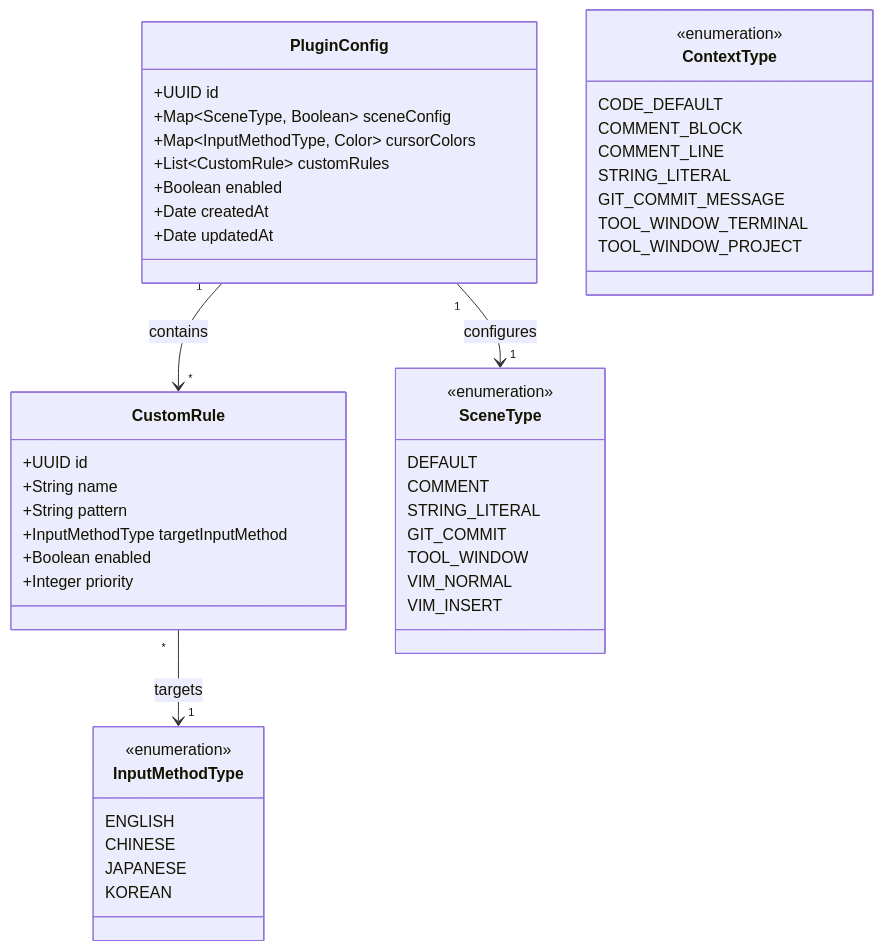
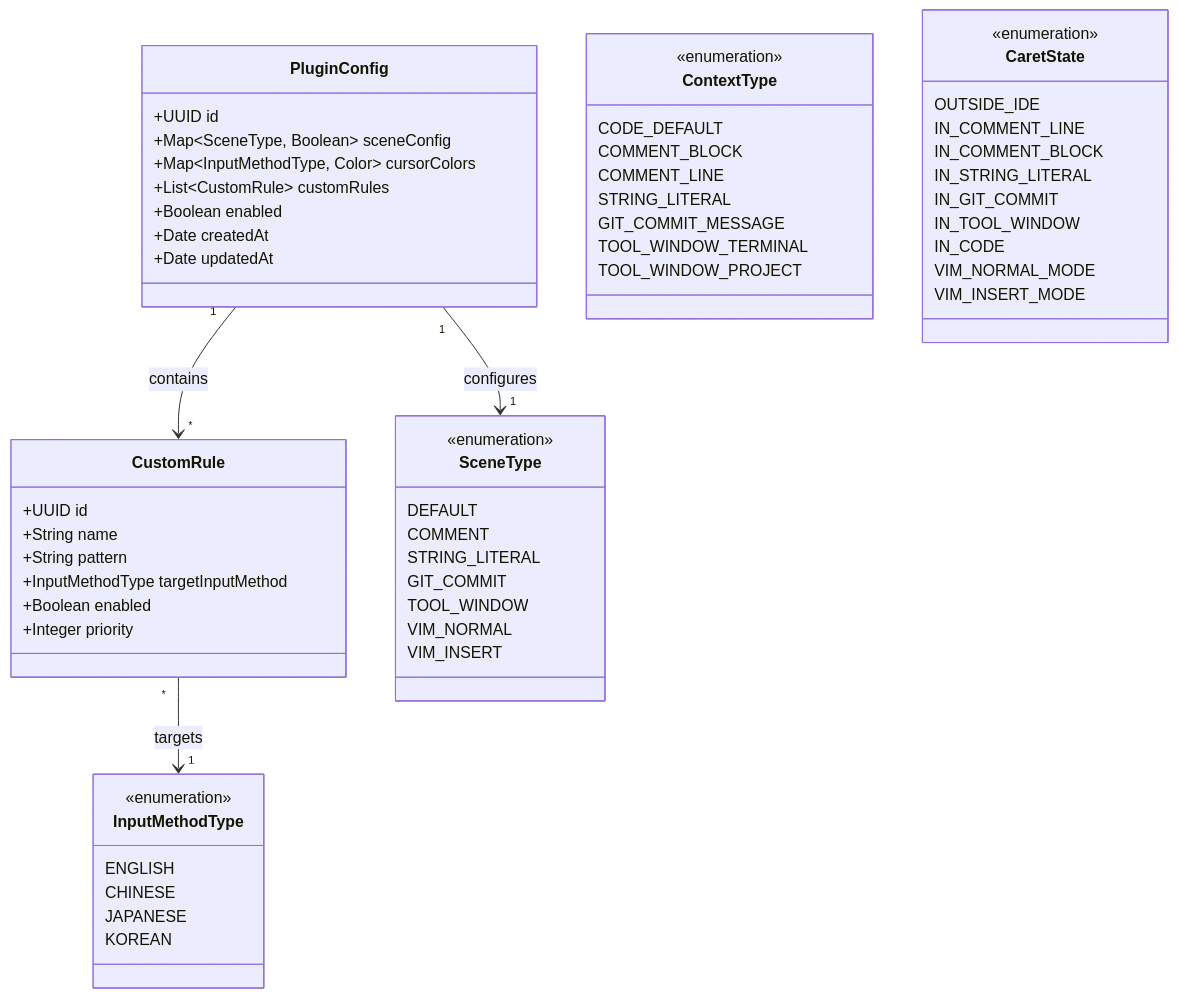
One commit to BigBlueBaby/InputSpark changed the second of 2 diagrams in .trae/documents/technical_architecture_InputSpark.md. Above: the diagram before and after it, drawn with Mermaid. The commit also changed other lines of this file and 14 other files, not shown here.

````diff
--- a/.trae/documents/technical_architecture_InputSpark.md
+++ b/.trae/documents/technical_architecture_InputSpark.md
@@ -93,55 +95,68 @@
 ```mermaid
 classDiagram
     class PluginConfig {
         +UUID id
         +Map~SceneType, Boolean~ sceneConfig
         +Map~InputMethodType, Color~ cursorColors
         +List~CustomRule~ customRules
         +Boolean enabled
         +Date createdAt
         +Date updatedAt
     }
     
     class CustomRule {
         +UUID id
         +String name
         +String pattern
         +InputMethodType targetInputMethod
         +Boolean enabled
         +Integer priority
     }
     
     class InputMethodType {
         <<enumeration>>
         ENGLISH
         CHINESE
         JAPANESE
         KOREAN
     }
     
     class SceneType {
         <<enumeration>>
         DEFAULT
         COMMENT
         STRING_LITERAL
         GIT_COMMIT
         TOOL_WINDOW
         VIM_NORMAL
         VIM_INSERT
     }
     
     class ContextType {
         <<enumeration>>
         CODE_DEFAULT
         COMMENT_BLOCK
         COMMENT_LINE
         STRING_LITERAL
         GIT_COMMIT_MESSAGE
         TOOL_WINDOW_TERMINAL
         TOOL_WINDOW_PROJECT
     }
     
+    class CaretState {
+        <<enumeration>>
+        OUTSIDE_IDE
+        IN_COMMENT_LINE
+        IN_COMMENT_BLOCK
+        IN_STRING_LITERAL
+        IN_GIT_COMMIT
+        IN_TOOL_WINDOW
+        IN_CODE
+        VIM_NORMAL_MODE
+        VIM_INSERT_MODE
+    }
+    
     PluginConfig "1" --> "*" CustomRule : contains
     PluginConfig "1" --> "1" SceneType : configures
     CustomRule "*" --> "1" InputMethodType : targets
 ```
````
